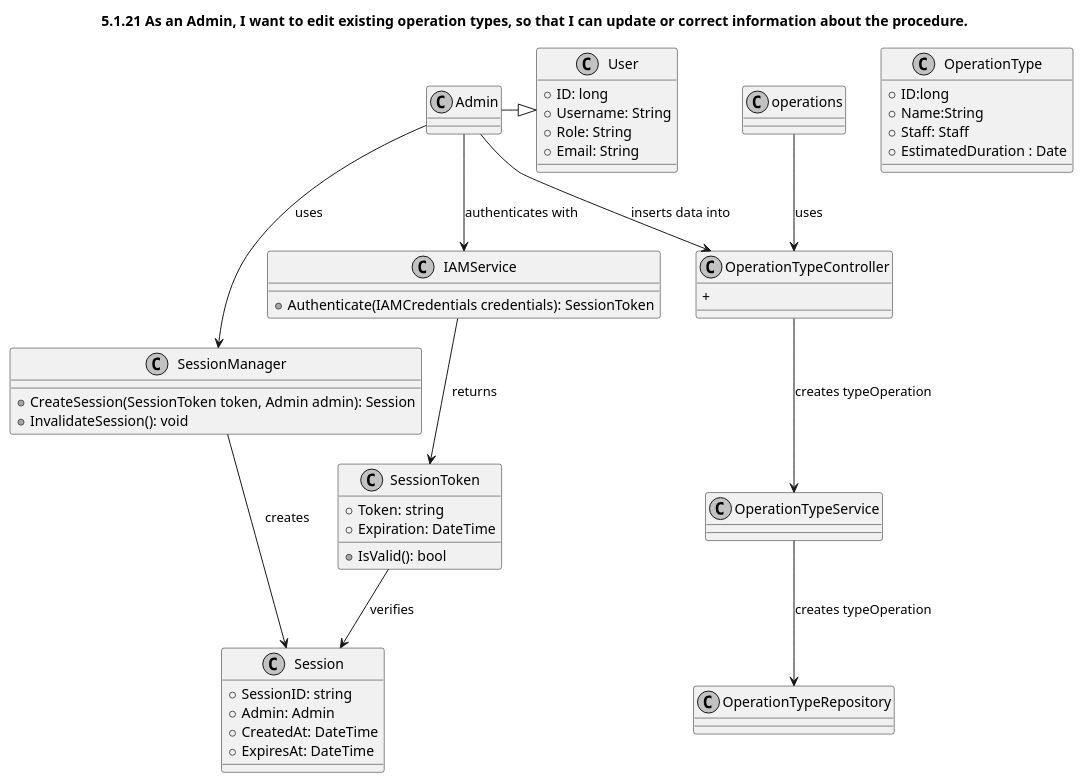
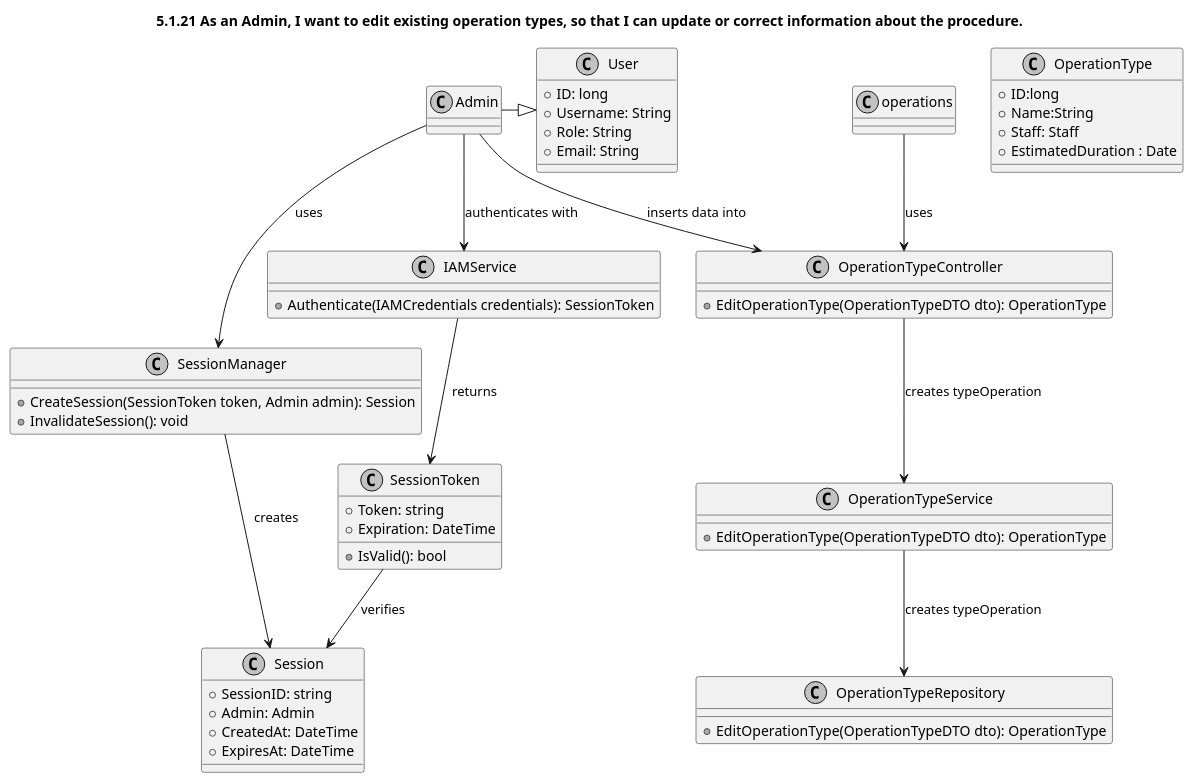
The diagram in Docs/1211846/US5_1_21/us5_1_21_class-diagram.puml (Educ00/Sem5Pi2425), drawn with PlantUML before and after one commit. The commit also changed 18 other files, not shown here.

```diff
--- a/Docs/1211846/US5_1_21/us5_1_21_class-diagram.puml
+++ b/Docs/1211846/US5_1_21/us5_1_21_class-diagram.puml
@@ -1,79 +1,81 @@
 @startuml
 'https://plantuml.com/class-diagram
 
 skinparam monochrome true
 skinparam shadowing false
 
 title 5.1.21 As an Admin, I want to edit existing operation types, so that I can update or correct information about the procedure.
 
 class Admin{
 
 }
 
 
 
 
 class User{
     +ID: long
     +Username: String
     +Role: String
     +Email: String
 }
 
 class OperationType{
     +ID:long
     +Name:String
     +Staff: Staff 
     +EstimatedDuration : Date
 
 }
 
 
 
 class SessionManager {
     +CreateSession(SessionToken token, Admin admin): Session
     +InvalidateSession(): void
 }
 
 class Session {
     +SessionID: string
     +Admin: Admin
     +CreatedAt: DateTime
     +ExpiresAt: DateTime
 }
 class IAMService {
     +Authenticate(IAMCredentials credentials): SessionToken
 }
 
 
 
 class SessionToken {
     +Token: string
     +Expiration: DateTime
     +IsValid(): bool
 }
 
 class OperationTypeController{
-    +
+    +EditOperationType(OperationTypeDTO dto): OperationType
 }
 
 class OperationTypeService {
+    +EditOperationType(OperationTypeDTO dto): OperationType
 
 }
 class OperationTypeRepository {
+    +EditOperationType(OperationTypeDTO dto): OperationType
 
 }
 
 
 Admin-|>User
 Admin --> SessionManager : uses
 IAMService --> SessionToken : returns
 SessionManager --> Session : creates
 Admin --> IAMService : authenticates with
 Admin --> OperationTypeController : inserts data into
 OperationTypeController-->OperationTypeService: creates typeOperation
 operations-->OperationTypeController:uses
 OperationTypeService-->OperationTypeRepository: creates typeOperation
 SessionToken --> Session : verifies
 
 @enduml
```
